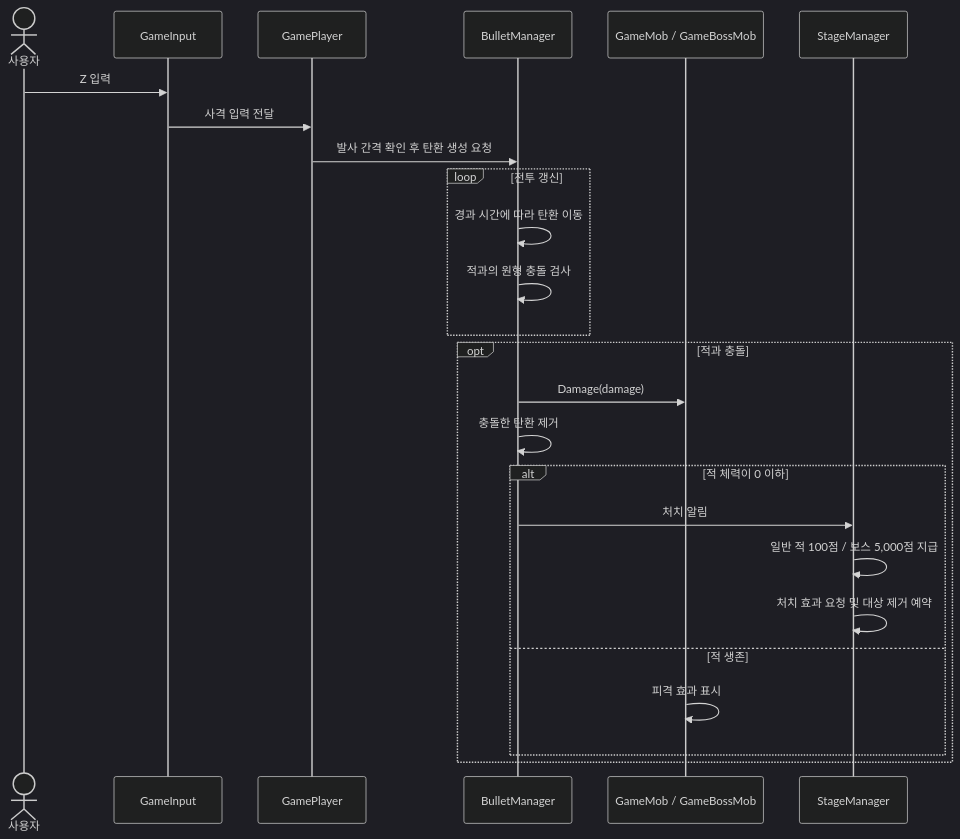
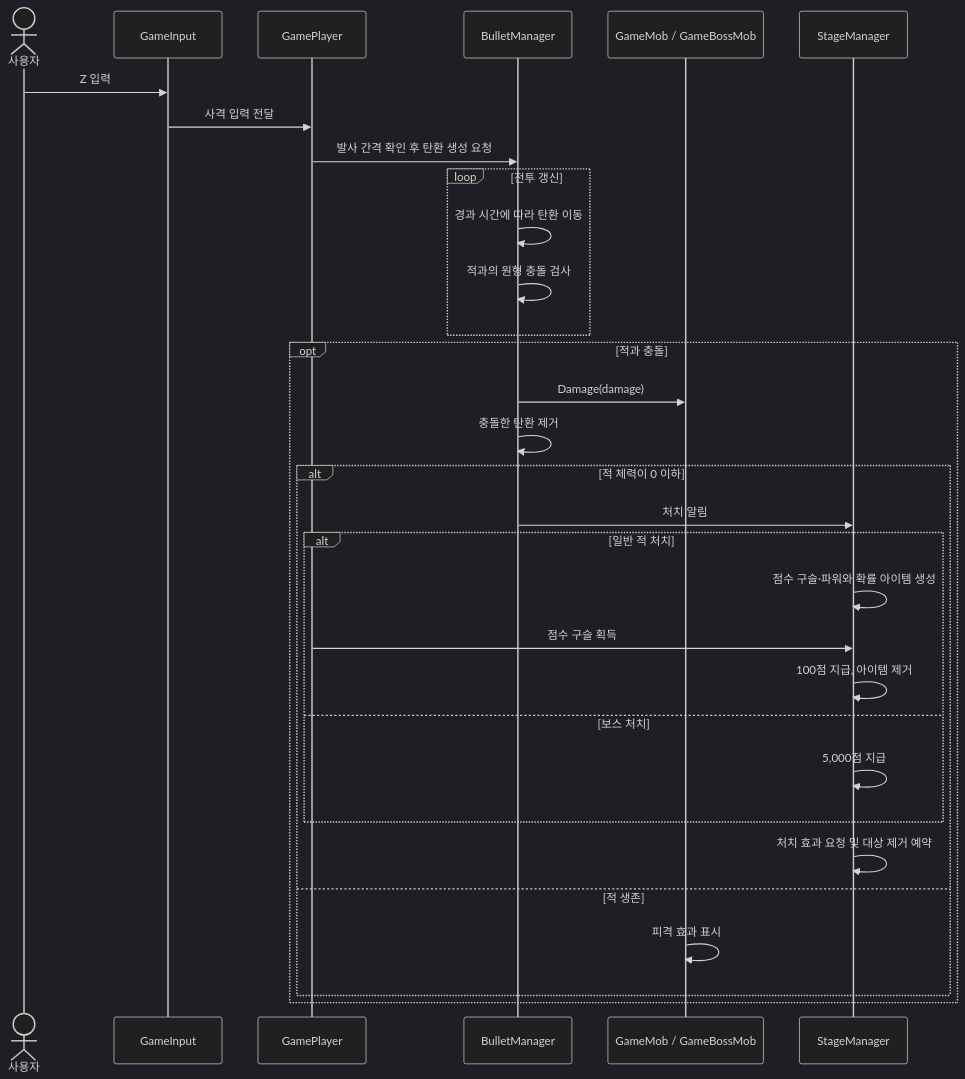
The second of 3 diagrams in docs/게임기획서.md (munsy0227/26311027_MoonSeongyoon_GameCraft), drawn with Mermaid (dark theme) before and after one commit. The commit also changed other lines of this file and 10 other files, not shown here.

````diff
--- a/docs/게임기획서.md
+++ b/docs/게임기획서.md
@@ -350,28 +354,34 @@
 ```mermaid
 sequenceDiagram
     actor User as 사용자
     participant Input as GameInput
     participant Player as GamePlayer
     participant Bullets as BulletManager
     participant Enemy as GameMob / GameBossMob
     participant Stage as StageManager
 
     User->>Input: Z 입력
     Input->>Player: 사격 입력 전달
     Player->>Bullets: 발사 간격 확인 후 탄환 생성 요청
     loop 전투 갱신
         Bullets->>Bullets: 경과 시간에 따라 탄환 이동
         Bullets->>Bullets: 적과의 원형 충돌 검사
     end
     opt 적과 충돌
         Bullets->>Enemy: Damage(damage)
         Bullets->>Bullets: 충돌한 탄환 제거
         alt 적 체력이 0 이하
             Bullets->>Stage: 처치 알림
-            Stage->>Stage: 일반 적 100점 / 보스 5,000점 지급
+            alt 일반 적 처치
+                Stage->>Stage: 점수 구슬·파워와 확률 아이템 생성
+                Player->>Stage: 점수 구슬 획득
+                Stage->>Stage: 100점 지급, 아이템 제거
+            else 보스 처치
+                Stage->>Stage: 5,000점 지급
+            end
             Stage->>Stage: 처치 효과 요청 및 대상 제거 예약
         else 적 생존
             Enemy->>Enemy: 피격 효과 표시
         end
     end
 ```
````
